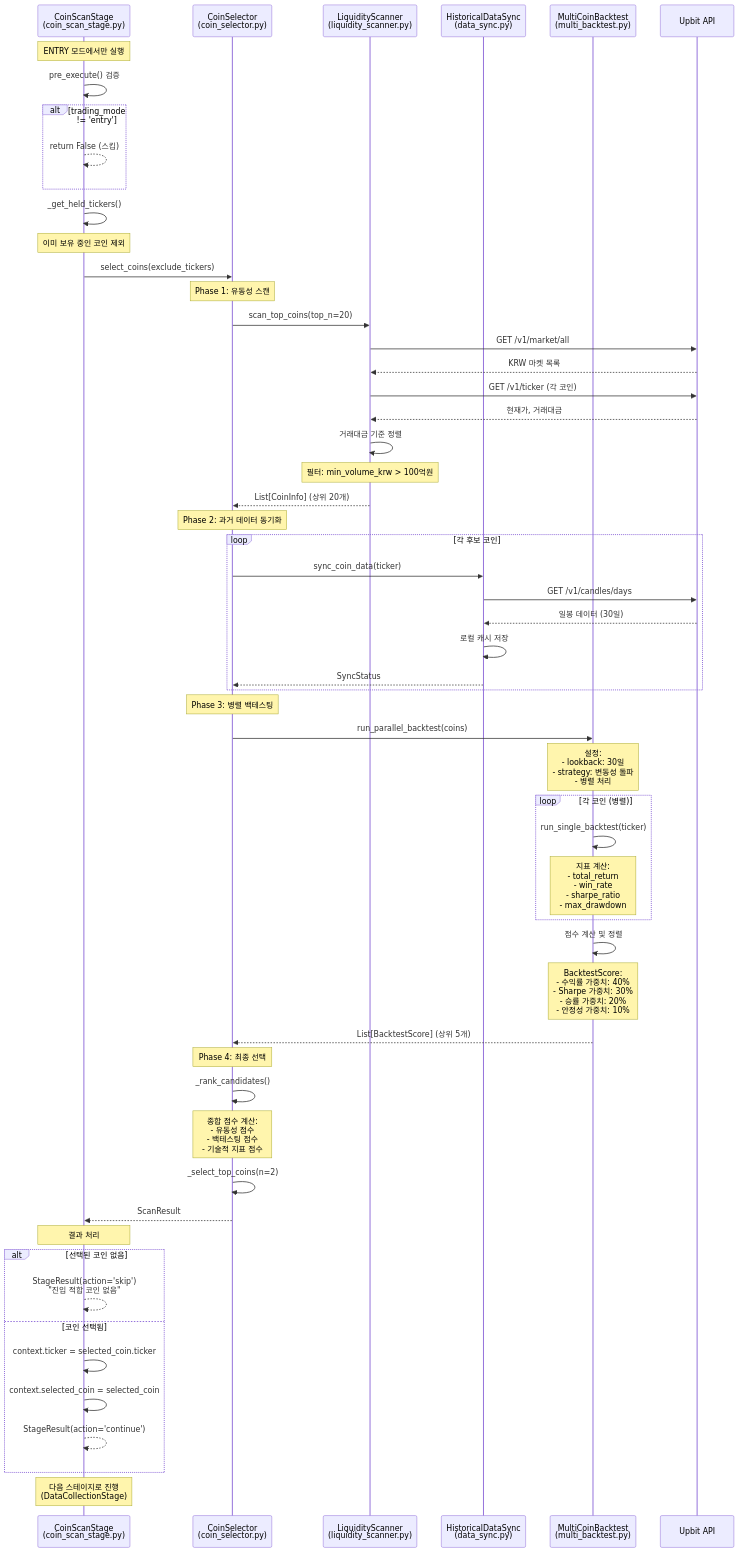
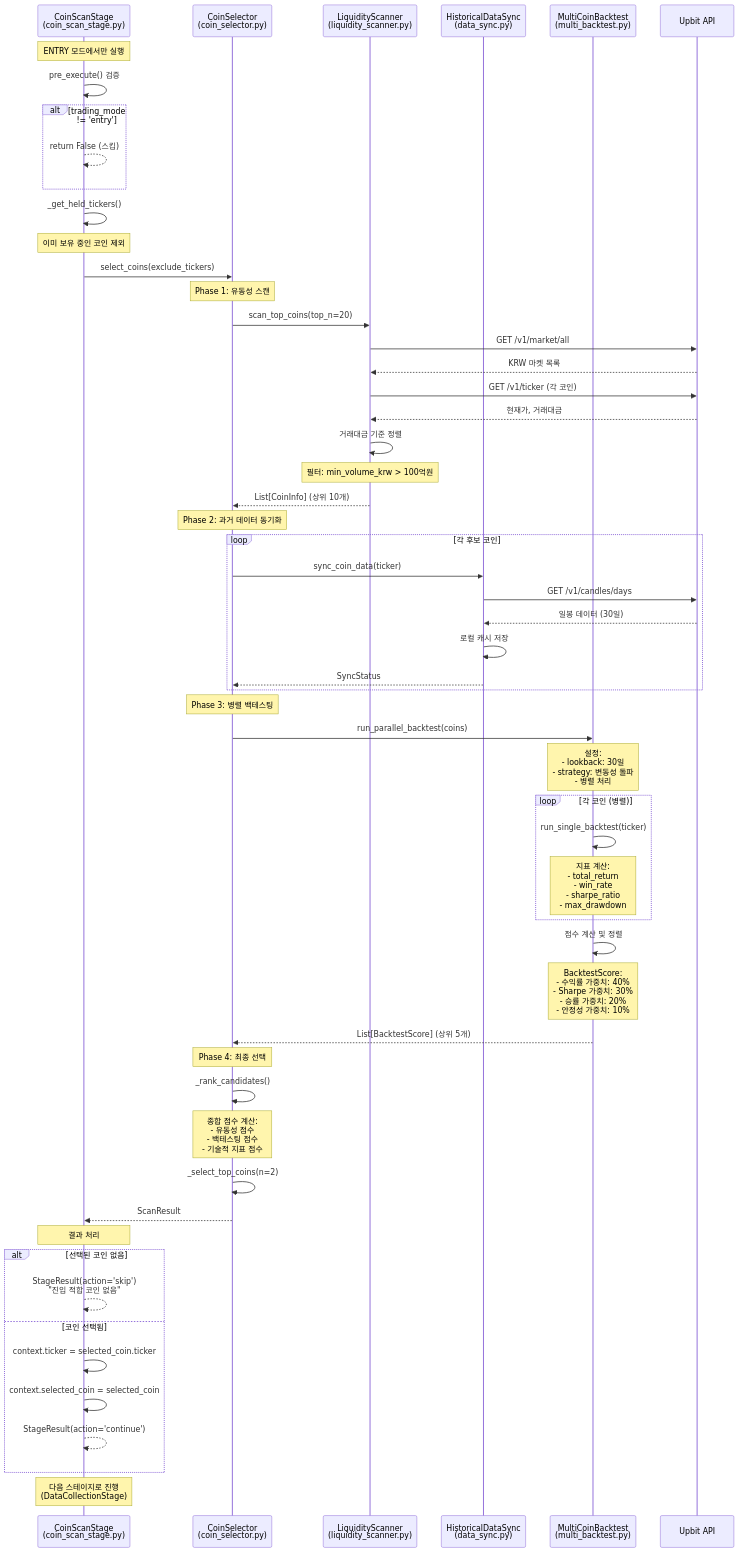
The diagram in docs/diagrams/08-multi-coin-scanning.mmd (myselios/dg_bot), drawn with Mermaid before and after one commit. The commit also changed 113 other files, not shown here.

```diff
--- a/docs/diagrams/08-multi-coin-scanning.mmd
+++ b/docs/diagrams/08-multi-coin-scanning.mmd
@@ -1,75 +1,75 @@
 sequenceDiagram
     participant CoinScanStage as CoinScanStage<br/>(coin_scan_stage.py)
     participant CoinSelector as CoinSelector<br/>(coin_selector.py)
     participant LiquidityScanner as LiquidityScanner<br/>(liquidity_scanner.py)
     participant DataSync as HistoricalDataSync<br/>(data_sync.py)
     participant MultiBacktest as MultiCoinBacktest<br/>(multi_backtest.py)
     participant Upbit as Upbit API
 
     Note over CoinScanStage: ENTRY 모드에서만 실행
 
     CoinScanStage->>CoinScanStage: pre_execute() 검증
     alt trading_mode != 'entry'
         CoinScanStage-->>CoinScanStage: return False (스킵)
     end
 
     CoinScanStage->>CoinScanStage: _get_held_tickers()
     Note over CoinScanStage: 이미 보유 중인 코인 제외
 
     CoinScanStage->>CoinSelector: select_coins(exclude_tickers)
 
     Note over CoinSelector: Phase 1: 유동성 스캔
 
     CoinSelector->>LiquidityScanner: scan_top_coins(top_n=20)
     LiquidityScanner->>Upbit: GET /v1/market/all
     Upbit-->>LiquidityScanner: KRW 마켓 목록
     LiquidityScanner->>Upbit: GET /v1/ticker (각 코인)
     Upbit-->>LiquidityScanner: 현재가, 거래대금
     LiquidityScanner->>LiquidityScanner: 거래대금 기준 정렬
     Note over LiquidityScanner: 필터: min_volume_krw > 100억원
-    LiquidityScanner-->>CoinSelector: List[CoinInfo] (상위 20개)
+    LiquidityScanner-->>CoinSelector: List[CoinInfo] (상위 10개)
 
     Note over CoinSelector: Phase 2: 과거 데이터 동기화
 
     loop 각 후보 코인
         CoinSelector->>DataSync: sync_coin_data(ticker)
         DataSync->>Upbit: GET /v1/candles/days
         Upbit-->>DataSync: 일봉 데이터 (30일)
         DataSync->>DataSync: 로컬 캐시 저장
         DataSync-->>CoinSelector: SyncStatus
     end
 
     Note over CoinSelector: Phase 3: 병렬 백테스팅
 
     CoinSelector->>MultiBacktest: run_parallel_backtest(coins)
     Note over MultiBacktest: 설정:<br/>- lookback: 30일<br/>- strategy: 변동성 돌파<br/>- 병렬 처리
 
     loop 각 코인 (병렬)
         MultiBacktest->>MultiBacktest: run_single_backtest(ticker)
         Note over MultiBacktest: 지표 계산:<br/>- total_return<br/>- win_rate<br/>- sharpe_ratio<br/>- max_drawdown
     end
 
     MultiBacktest->>MultiBacktest: 점수 계산 및 정렬
     Note over MultiBacktest: BacktestScore:<br/>- 수익률 가중치: 40%<br/>- Sharpe 가중치: 30%<br/>- 승률 가중치: 20%<br/>- 안정성 가중치: 10%
 
     MultiBacktest-->>CoinSelector: List[BacktestScore] (상위 5개)
 
     Note over CoinSelector: Phase 4: 최종 선택
 
     CoinSelector->>CoinSelector: _rank_candidates()
     Note over CoinSelector: 종합 점수 계산:<br/>- 유동성 점수<br/>- 백테스팅 점수<br/>- 기술적 지표 점수
 
     CoinSelector->>CoinSelector: _select_top_coins(n=2)
     CoinSelector-->>CoinScanStage: ScanResult
 
     Note over CoinScanStage: 결과 처리
 
     alt 선택된 코인 없음
         CoinScanStage-->>CoinScanStage: StageResult(action='skip')<br/>"진입 적합 코인 없음"
     else 코인 선택됨
         CoinScanStage->>CoinScanStage: context.ticker = selected_coin.ticker
         CoinScanStage->>CoinScanStage: context.selected_coin = selected_coin
         CoinScanStage-->>CoinScanStage: StageResult(action='continue')
     end
 
     Note over CoinScanStage: 다음 스테이지로 진행<br/>(DataCollectionStage)
```
